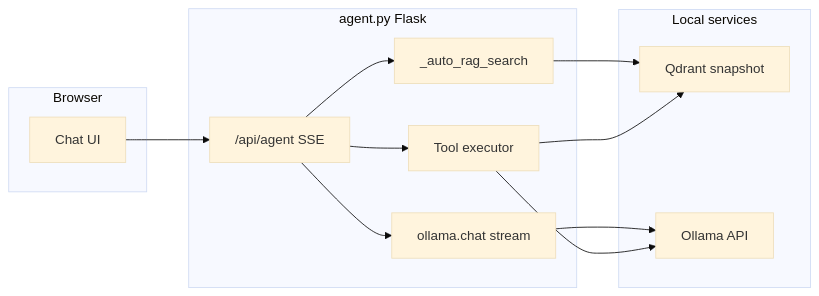
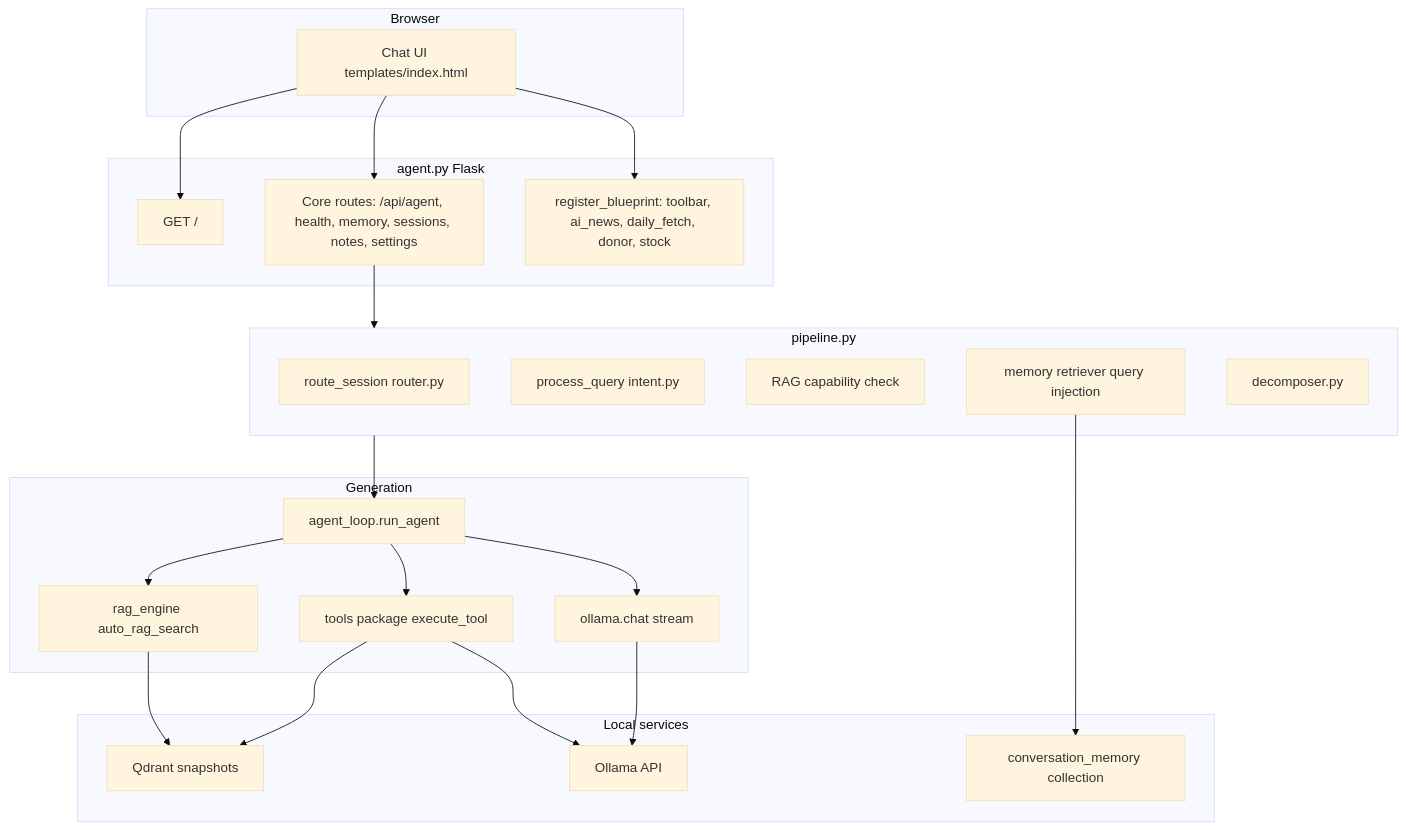
One commit to medavisyin/jarvis-yin changed the diagram in docs/implementation/rag/agent-impl.md. Above: the diagram before and after it, drawn with Mermaid (base theme). The commit also changed other lines of this file and 78 other files, not shown here.

````diff
--- a/docs/implementation/rag/agent-impl.md
+++ b/docs/implementation/rag/agent-impl.md
@@ -19,24 +22,42 @@
 ```mermaid
-flowchart LR
+flowchart TB
   subgraph client [Browser]
-    UI[Chat UI]
+    UI[Chat UI templates/index.html]
   end
-  subgraph server [agent.py Flask]
-    API["/api/agent SSE"]
-    RAG[_auto_rag_search]
-    Tools[Tool executor]
+  subgraph orchestrator [agent.py Flask]
+    Idx["GET /"]
+    Core["Core routes: /api/agent, health, memory, sessions, notes, settings"]
+    BP["register_blueprint: toolbar, ai_news, daily_fetch, donor, stock"]
+  end
+  subgraph pipeline [pipeline.py]
+    R0[route_session router.py]
+    R1[process_query intent.py]
+    R2[RAG capability check]
+    R3[memory retriever query injection]
+    R4[decomposer.py]
+  end
+  subgraph gen [Generation]
+    Loop[agent_loop.run_agent]
+    RAG[rag_engine auto_rag_search]
+    Tools[tools package execute_tool]
     Oll[ollama.chat stream]
   end
   subgraph data [Local services]
-    Qdr[Qdrant snapshot]
+    Qdr[Qdrant snapshots]
+    Mem[conversation_memory collection]
     Ollama[Ollama API]
   end
-  UI --> API
-  API --> RAG
+  UI --> Idx
+  UI --> Core
+  UI --> BP
+  Core --> pipeline
+  pipeline --> Loop
+  Loop --> RAG
+  Loop --> Tools
+  Loop --> Oll
   RAG --> Qdr
-  API --> Oll
-  Oll --> Ollama
-  API --> Tools
+  R3 --> Mem
   Tools --> Qdr
   Tools --> Ollama
+  Oll --> Ollama
 ```
````
